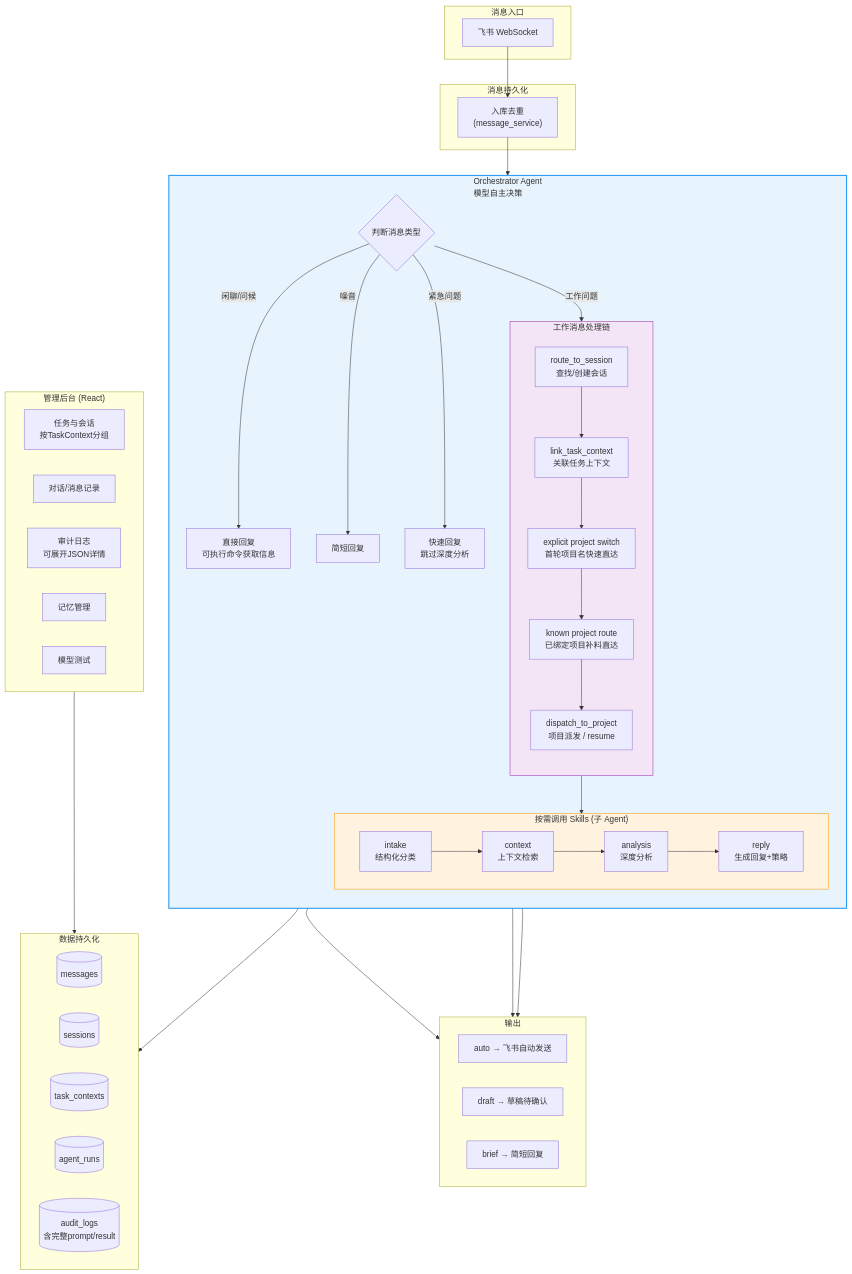
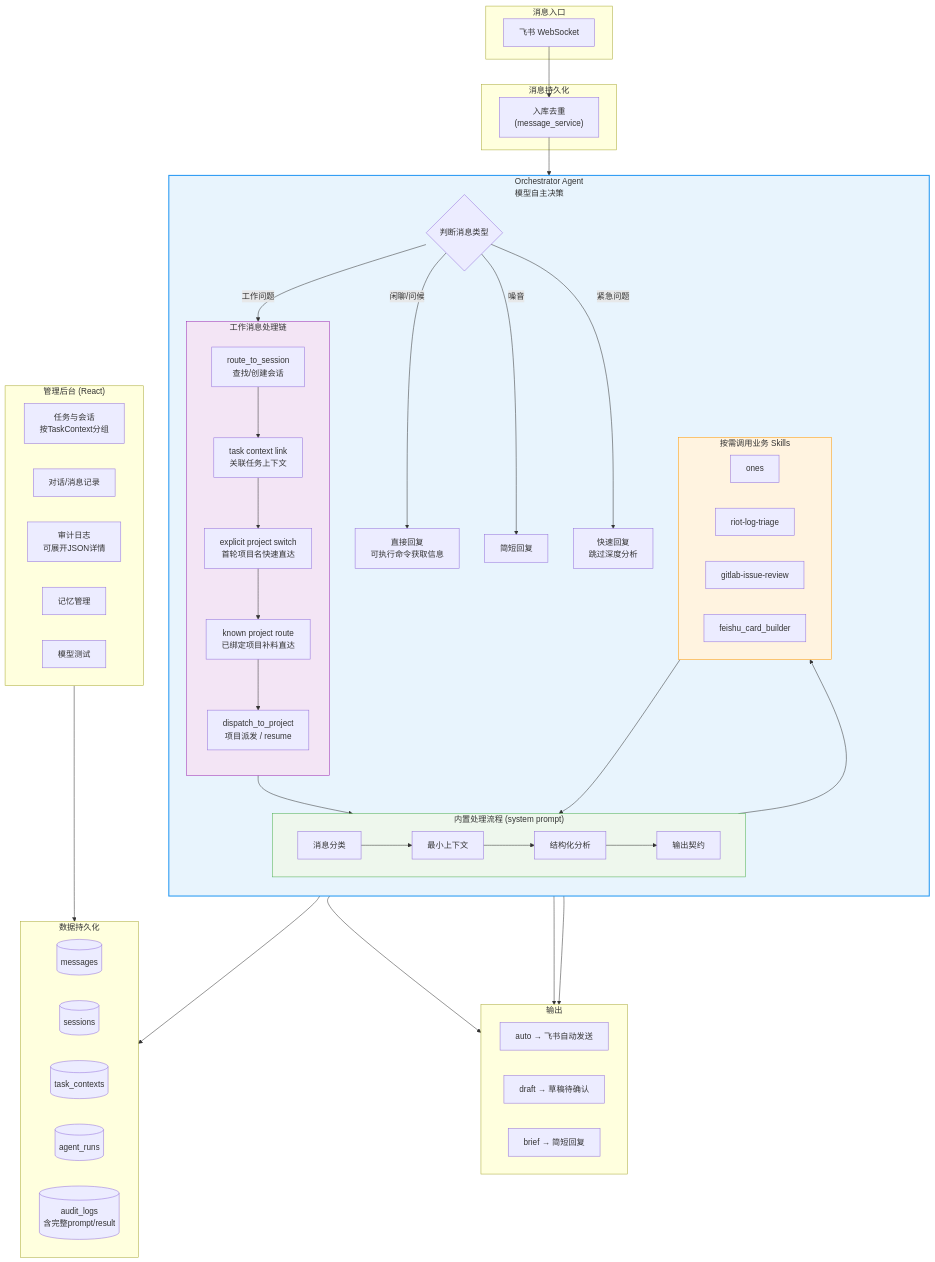
Before and after one commit to weifuchow/work-agent-os: the diagram in README.md, drawn with Mermaid. The commit also changed other lines of this file and 97 other files, not shown here.

````diff
--- a/README.md
+++ b/README.md
@@ -26,23 +26,33 @@
         subgraph WorkFlow["工作消息处理链"]
             direction TB
             Route["route_to_session<br/>查找/创建会话"]
-            Link["link_task_context<br/>关联任务上下文"]
+            Link["task context link<br/>关联任务上下文"]
             FastProject["explicit project switch<br/>首轮项目名快速直达"]
             KnownProject["known project route<br/>已绑定项目补料直达"]
             Dispatch["dispatch_to_project<br/>项目派发 / resume"]
             Route --> Link --> FastProject --> KnownProject --> Dispatch
         end
 
-        subgraph Skills["按需调用 Skills (子 Agent)"]
+        subgraph BuiltIn["内置处理流程 (system prompt)"]
             direction LR
-            Intake["intake<br/>结构化分类"]
-            Context["context<br/>上下文检索"]
-            Analysis["analysis<br/>深度分析"]
-            Reply["reply<br/>生成回复+策略"]
+            Intake["消息分类"]
+            Context["最小上下文"]
+            Analysis["结构化分析"]
+            Presentation["输出契约"]
         end
 
-        WorkFlow --> Skills
-        Intake --> Context --> Analysis --> Reply
+        subgraph Skills["按需调用业务 Skills"]
+            direction LR
+            Ones["ones"]
+            Triage["riot-log-triage"]
+            Review["gitlab-issue-review"]
+            Card["feishu_card_builder"]
+        end
+
+        WorkFlow --> BuiltIn
+        Intake --> Context --> Analysis --> Presentation
+        Analysis --> Skills
+        Skills --> Presentation
     end
 
     subgraph Output["输出"]
@@ -68,7 +78,7 @@
     end
 
     Feishu --> Save --> Orchestrator
-    Reply --> Output
+    Presentation --> Output
     UrgentFlow --> Output
     DirectReply --> Output
 
@@ -76,6 +86,7 @@
     AdminUI --> DB
 
     style Orchestrator fill:#e8f4fd,stroke:#2196F3,stroke-width:2px
+    style BuiltIn fill:#eef7ed,stroke:#4CAF50,stroke-width:1px
     style Skills fill:#fff3e0,stroke:#FF9800,stroke-width:1px
     style WorkFlow fill:#f3e5f5,stroke:#9C27B0,stroke-width:1px
 ```
````
